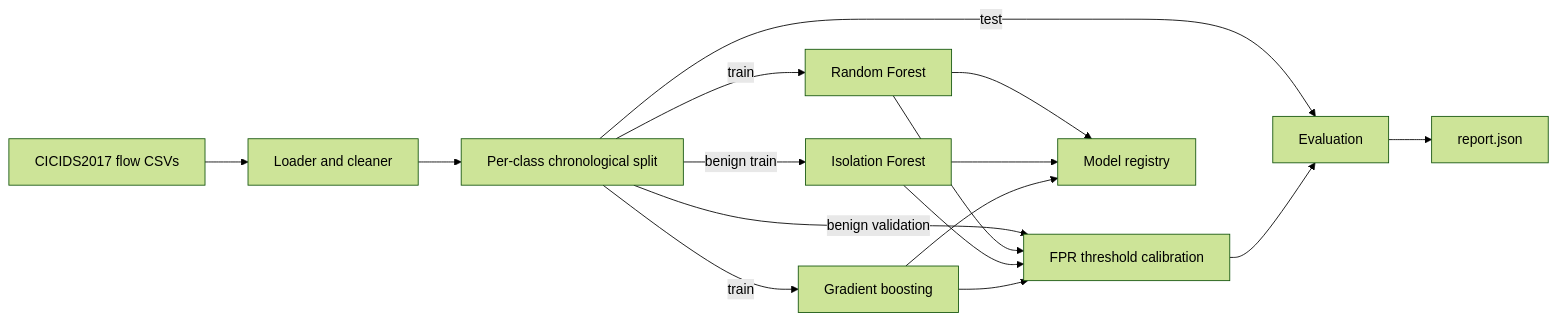
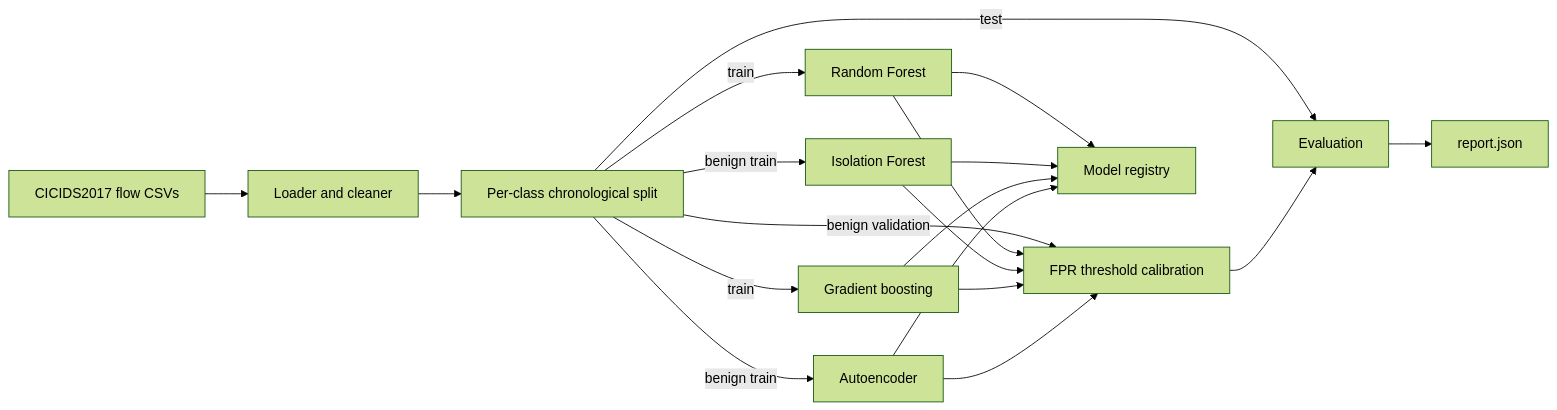
Before and after one commit to TurlaFSB/AI-IDS: the diagram in README.md, drawn with Mermaid (forest theme). The commit also changed other lines of this file and 11 other files, not shown here.

````diff
--- a/README.md
+++ b/README.md
@@ -62,18 +62,21 @@
 ```mermaid
 flowchart LR
     A[CICIDS2017 flow CSVs] --> B[Loader and cleaner]
     B --> C[Per-class chronological split]
     C -->|train| D[Random Forest]
     C -->|benign train| E[Isolation Forest]
+    C -->|benign train| K[Autoencoder]
     C -->|train| J[Gradient boosting]
     C -->|benign validation| F[FPR threshold calibration]
     D --> F
     E --> F
     J --> F
+    K --> F
     C -->|test| G[Evaluation]
     F --> G
     D --> H[Model registry]
     E --> H
     J --> H
+    K --> H
     G --> I[report.json]
 ```
````
